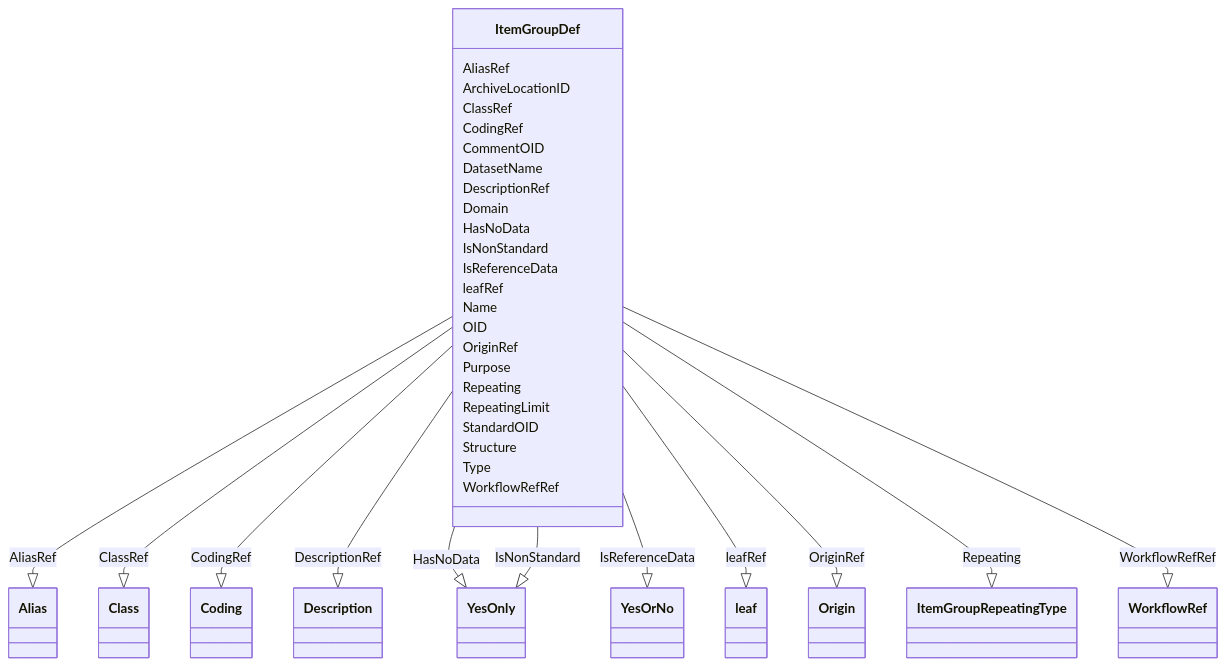
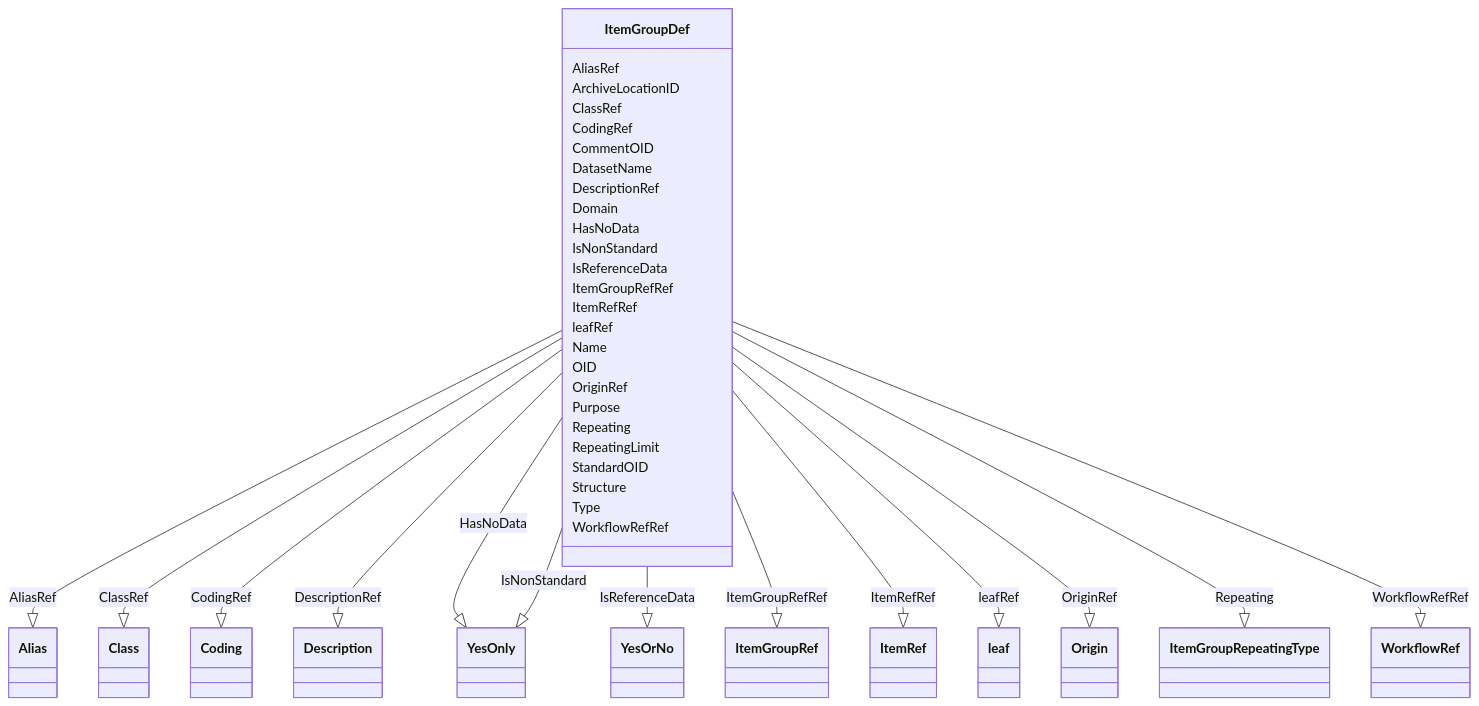
The diagram in docs/ItemGroupDef.md (cdisc-org/DataExchange-ODM-LinkML), drawn with Mermaid before and after one commit. The commit also changed other lines of this file and 398 other files, not shown here.

Commit message:
refreshing for latest updates to schema

````diff
--- a/docs/ItemGroupDef.md
+++ b/docs/ItemGroupDef.md
@@ -9,71 +9,79 @@
 ```mermaid
  classDiagram
     class ItemGroupDef
       ItemGroupDef : AliasRef
         
           ItemGroupDef --|> Alias : AliasRef
         
       ItemGroupDef : ArchiveLocationID
         
       ItemGroupDef : ClassRef
         
           ItemGroupDef --|> Class : ClassRef
         
       ItemGroupDef : CodingRef
         
           ItemGroupDef --|> Coding : CodingRef
         
       ItemGroupDef : CommentOID
         
       ItemGroupDef : DatasetName
         
       ItemGroupDef : DescriptionRef
         
           ItemGroupDef --|> Description : DescriptionRef
         
       ItemGroupDef : Domain
         
       ItemGroupDef : HasNoData
         
           ItemGroupDef --|> YesOnly : HasNoData
         
       ItemGroupDef : IsNonStandard
         
           ItemGroupDef --|> YesOnly : IsNonStandard
         
       ItemGroupDef : IsReferenceData
         
           ItemGroupDef --|> YesOrNo : IsReferenceData
         
+      ItemGroupDef : ItemGroupRefRef
+        
+          ItemGroupDef --|> ItemGroupRef : ItemGroupRefRef
+        
+      ItemGroupDef : ItemRefRef
+        
+          ItemGroupDef --|> ItemRef : ItemRefRef
+        
       ItemGroupDef : leafRef
         
           ItemGroupDef --|> leaf : leafRef
         
       ItemGroupDef : Name
         
       ItemGroupDef : OID
         
       ItemGroupDef : OriginRef
         
           ItemGroupDef --|> Origin : OriginRef
         
       ItemGroupDef : Purpose
         
       ItemGroupDef : Repeating
         
           ItemGroupDef --|> ItemGroupRepeatingType : Repeating
         
       ItemGroupDef : RepeatingLimit
         
       ItemGroupDef : StandardOID
         
       ItemGroupDef : Structure
         
       ItemGroupDef : Type
         
       ItemGroupDef : WorkflowRefRef
         
           ItemGroupDef --|> WorkflowRef : WorkflowRefRef
         
       
 ```
````
